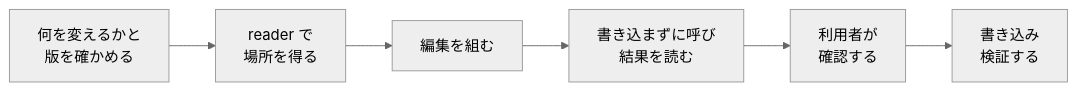
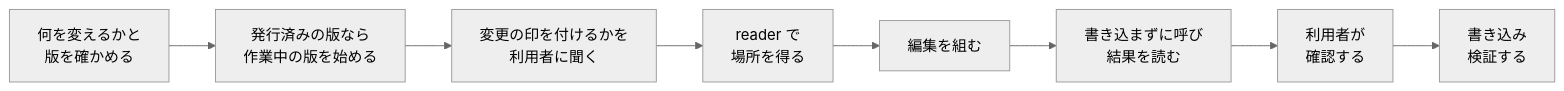
One commit to shuji-bonji/s1000d-stack changed the second of 2 diagrams in site/src/content/docs/ja/skill/s1000d-publish.md. Above: the diagram before and after it, drawn with Mermaid (neutral theme). The commit also changed other lines of this file and 11 other files, not shown here.

````diff
--- a/site/src/content/docs/ja/skill/s1000d-publish.md
+++ b/site/src/content/docs/ja/skill/s1000d-publish.md
@@ -52,8 +54,10 @@
 ```mermaid
 flowchart LR
-  A["何を変えるかと<br/>版を確かめる"] --> B["reader で<br/>場所を得る"]
+  A["何を変えるかと<br/>版を確かめる"] --> R["発行済みの版なら<br/>作業中の版を始める"]
+  R --> M["変更の印を付けるかを<br/>利用者に聞く"]
+  M --> B["reader で<br/>場所を得る"]
   B --> C["編集を組む"]
   C --> D["書き込まずに呼び<br/>結果を読む"]
   D --> E["利用者が<br/>確認する"]
   E --> F["書き込み<br/>検証する"]
 ```
````
